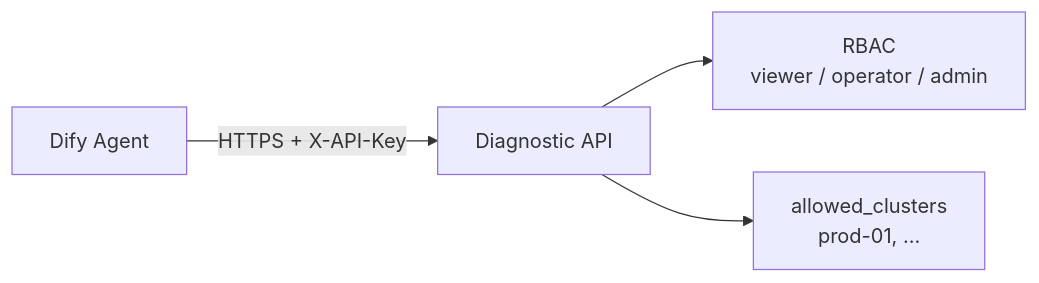
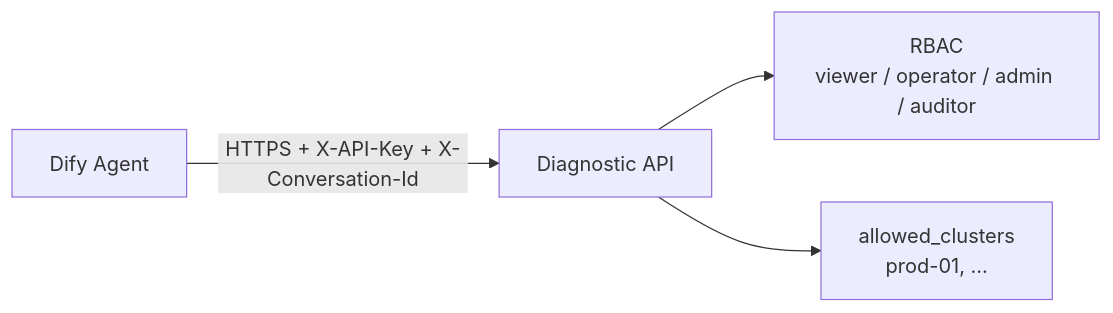
One commit to yangzhengjie/tidb-diag changed the ninth of 10 diagrams in docs/tidb-diag-agent-technical-design.md. Above: the diagram before and after it, drawn with Mermaid. The commit also changed other lines of this file and 1 other file, not shown here.

First line of the commit message:
docs(architecture): revise requirements and design to v1.9

````diff
--- a/docs/tidb-diag-agent-technical-design.md
+++ b/docs/tidb-diag-agent-technical-design.md
@@ -659,6 +782,6 @@
 ```mermaid
 flowchart LR
-    Dify["Dify Agent"] -->|HTTPS + X-API-Key| API["Diagnostic API"]
-    API --> RBAC["RBAC<br/>viewer / operator / admin"]
+    Dify["Dify Agent"] -->|HTTPS + X-API-Key + X-Conversation-Id| API["Diagnostic API"]
+    API --> RBAC["RBAC<br/>viewer / operator / admin / auditor"]
     API --> Cluster["allowed_clusters<br/>prod-01, ..."]
 ```
````
